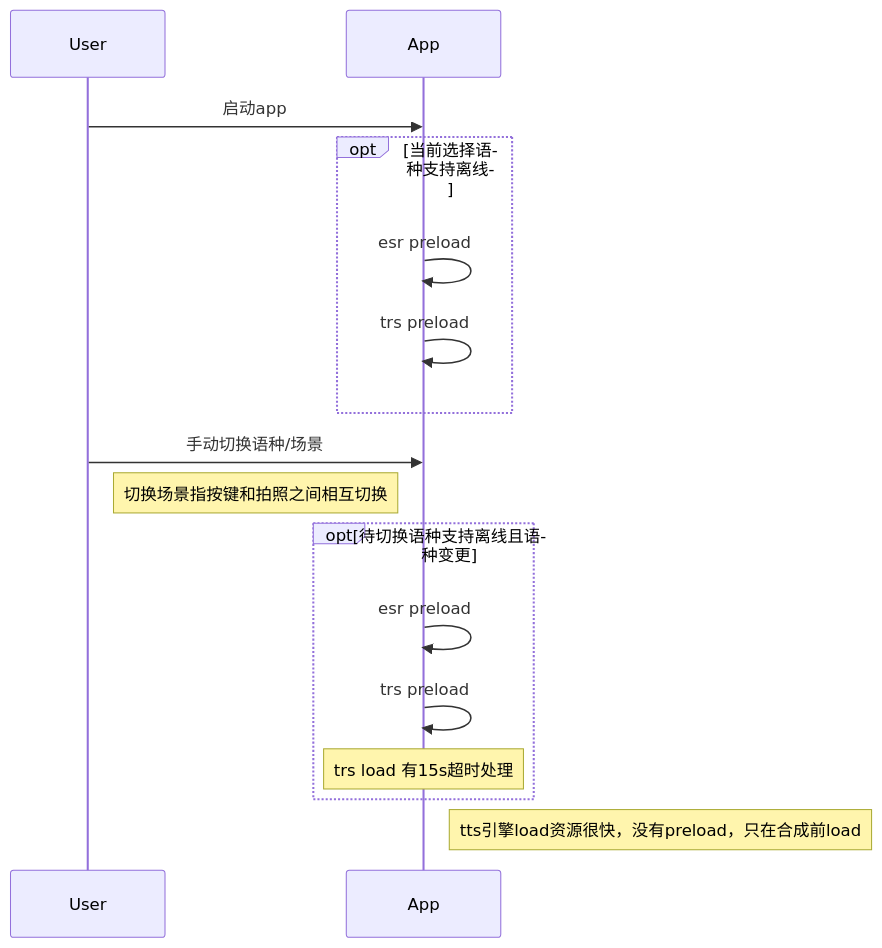
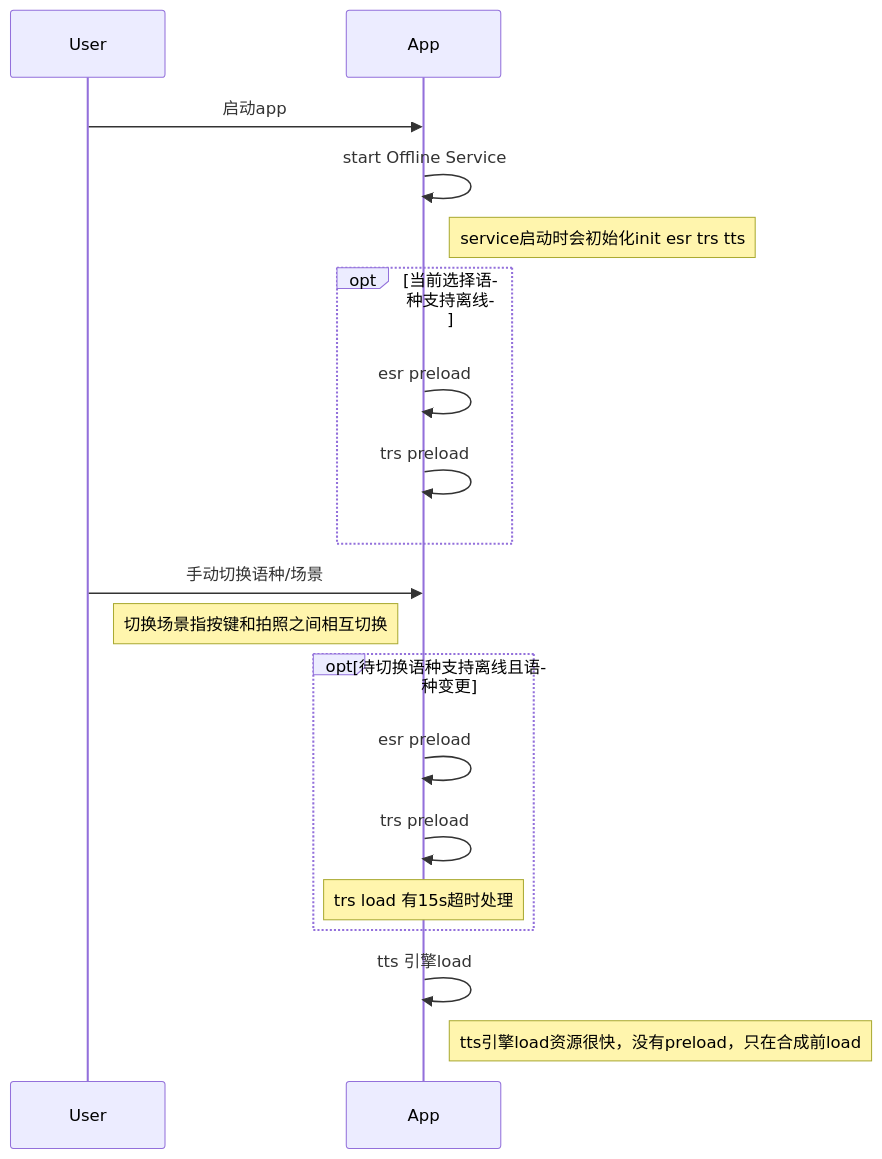
One commit to weizxfree/javaDesign changed the first of 2 diagrams in README.md. Above: the diagram before and after it, drawn with Mermaid. The commit also changed other lines of this file, not shown here.

````diff
--- a/README.md
+++ b/README.md
@@ -31,16 +32,19 @@
 ```mermaid
 sequenceDiagram
 User->> App: 启动app
+App->> App: start Offline Service 
+Note right of App: service启动时会初始化init esr trs tts
 opt      当前选择语种支持离线
         App->>App: esr preload
         App->>App: trs preload
 end
 User->> App: 手动切换语种/场景
 Note right of User: 切换场景指按键和拍照之间相互切换
 opt      待切换语种支持离线且语种变更
         App->>App: esr preload
         App->>App: trs preload
         Note over App: trs load 有15s超时处理
 end
+App->>App: tts 引擎load 
 Note right of App: tts引擎load资源很快，没有preload，只在合成前load
 ```
````
